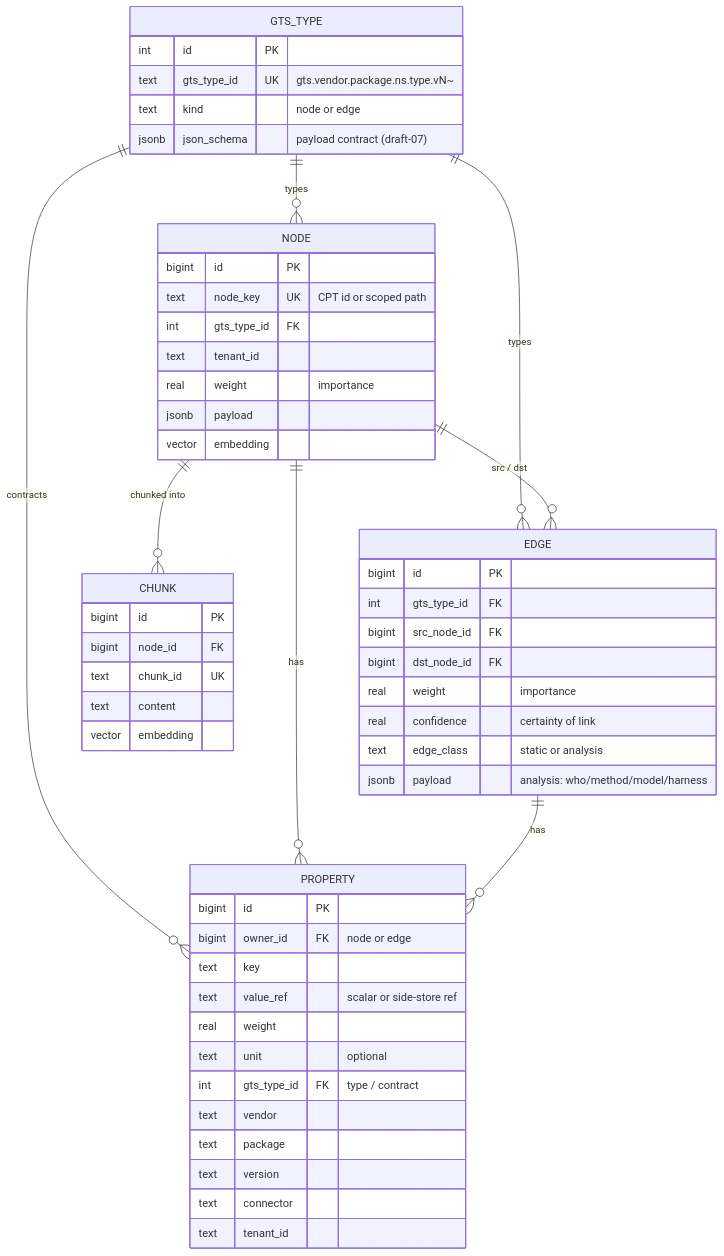
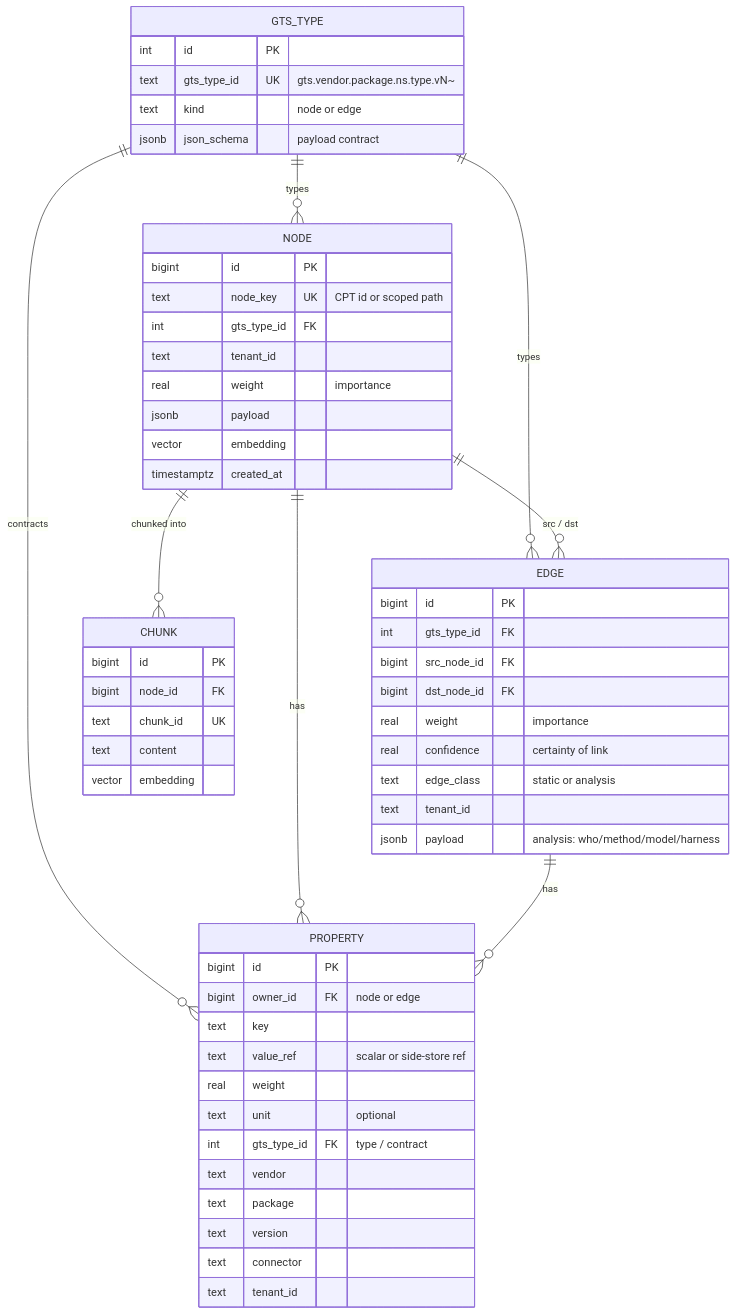
One commit to constructorfabric/construct changed the diagram in docs/DESIGN.md. Above: the diagram before and after it, drawn with Mermaid. The commit also changed other lines of this file and 1 other file, not shown here.

````diff
--- a/docs/DESIGN.md
+++ b/docs/DESIGN.md
@@ -510,56 +534,58 @@
 ```mermaid
 erDiagram
     GTS_TYPE ||--o{ NODE : types
     GTS_TYPE ||--o{ EDGE : types
     GTS_TYPE ||--o{ PROPERTY : contracts
     NODE ||--o{ EDGE : "src / dst"
     NODE ||--o{ PROPERTY : has
     EDGE ||--o{ PROPERTY : has
     NODE ||--o{ CHUNK : "chunked into"
     GTS_TYPE {
         int id PK
         text gts_type_id UK "gts.vendor.package.ns.type.vN~"
         text kind "node or edge"
-        jsonb json_schema "payload contract (draft-07)"
+        jsonb json_schema "payload contract"
     }
     NODE {
         bigint id PK
         text node_key UK "CPT id or scoped path"
         int gts_type_id FK
         text tenant_id
         real weight "importance"
         jsonb payload
         vector embedding
+        timestamptz created_at
     }
     EDGE {
         bigint id PK
         int gts_type_id FK
         bigint src_node_id FK
         bigint dst_node_id FK
         real weight "importance"
         real confidence "certainty of link"
         text edge_class "static or analysis"
+        text tenant_id
         jsonb payload "analysis: who/method/model/harness"
     }
     PROPERTY {
         bigint id PK
         bigint owner_id FK "node or edge"
         text key
         text value_ref "scalar or side-store ref"
         real weight
         text unit "optional"
         int gts_type_id FK "type / contract"
         text vendor
         text package
         text version
         text connector
         text tenant_id
     }
     CHUNK {
         bigint id PK
         bigint node_id FK
         text chunk_id UK
         text content
         vector embedding
     }
 ```
````
